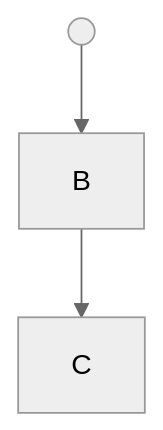
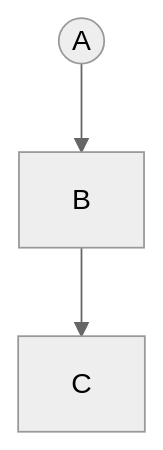
Before and after one commit to probelabs/mermaid-lint: diagram 17 of 44 in test-fixtures/flowchart/INVALID_DIAGRAMS.md, drawn with Mermaid (neutral theme). The commit also changed other lines of this file and 8 other files, not shown here.

First line of the commit message:
flowchart: linkStyle parity + bracket fixes + double-circle all-level fix (#37)

````diff
--- a/test-fixtures/flowchart/INVALID_DIAGRAMS.md
+++ b/test-fixtures/flowchart/INVALID_DIAGRAMS.md
@@ -962,5 +959,5 @@
 ```mermaid
 flowchart TD
-    A(( ))--> B
+    A((A))--> B
     B --> C
 ```
````
